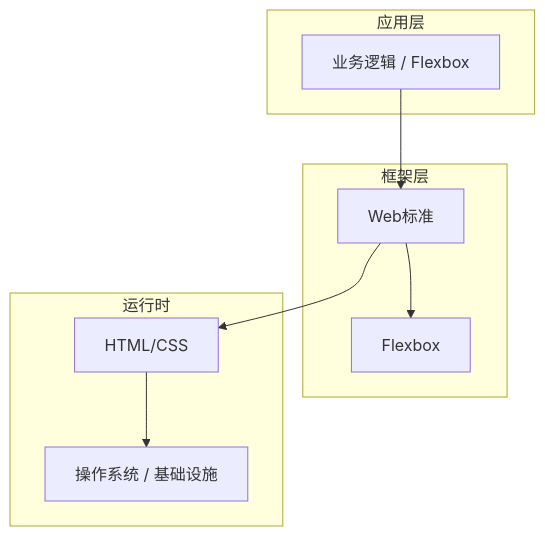
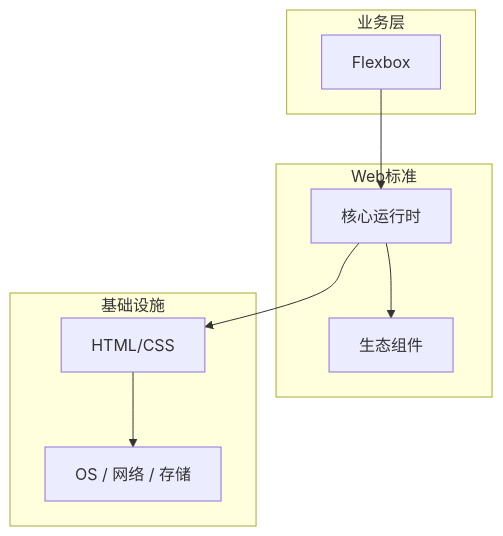
Before and after one commit to yanggan2015/knowledge-json-v2: the diagram in articles/HTML与CSS/chapters/072-Flexbox核心概念与原理.md, drawn with Mermaid. The commit also changed other lines of this file and 10127 other files, not shown here.

````diff
--- a/articles/HTML与CSS/chapters/072-Flexbox核心概念与原理.md
+++ b/articles/HTML与CSS/chapters/072-Flexbox核心概念与原理.md
@@ -45,18 +34,18 @@
 ```mermaid
 graph TB
-    subgraph 应用层
-        A[业务逻辑 / Flexbox]
+    subgraph 业务层
+        A[Flexbox]
     end
-    subgraph 框架层
-        B[Web标准]
-        C[Flexbox]
+    subgraph Web标准
+        B[核心运行时]
+        C[生态组件]
     end
-    subgraph 运行时
+    subgraph 基础设施
         D[HTML/CSS]
-        E[操作系统 / 基础设施]
+        E[OS / 网络 / 存储]
     end
     A --> B
     B --> C
     B --> D
     D --> E
 ```
````
